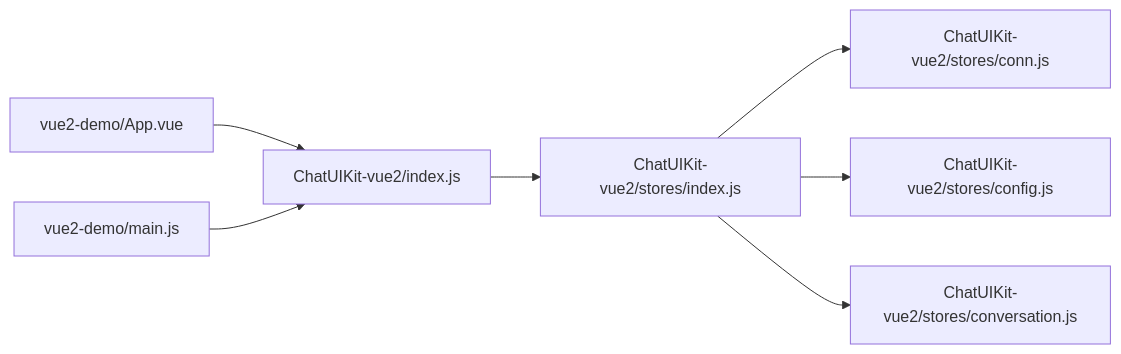
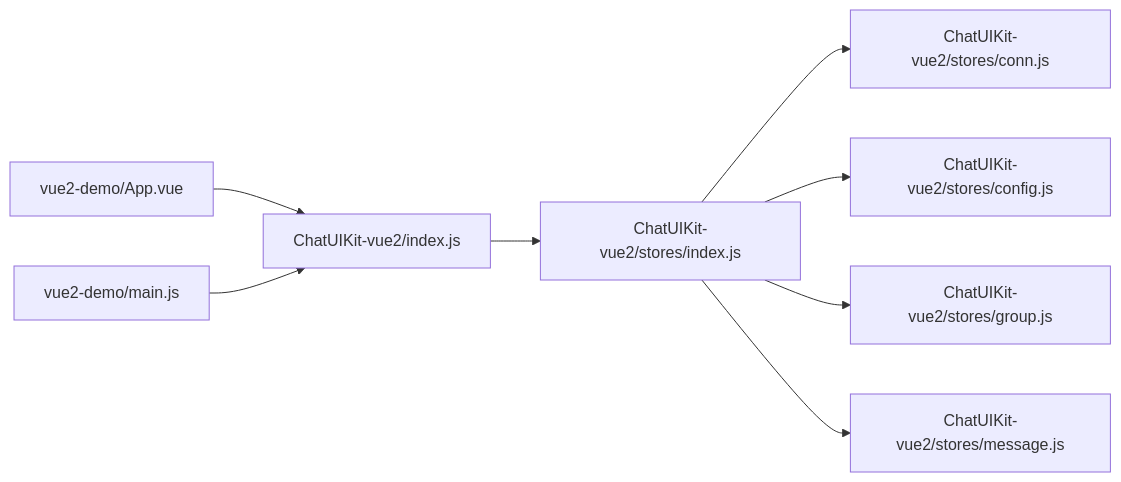
One commit to Easemob-Community/easemob-uikit-uniapp-community changed the third of 3 diagrams in .qoder/repowiki/zh/content/快速开始.md. Above: the diagram before and after it, drawn with Mermaid. The commit also changed other lines of this file and 5 other files, not shown here.

````diff
--- a/.qoder/repowiki/zh/content/快速开始.md
+++ b/.qoder/repowiki/zh/content/快速开始.md
@@ -214,9 +255,10 @@
 ```mermaid
 graph LR
 D_App_vue["vue2-demo/App.vue"] --> C_Index_js["ChatUIKit-vue2/index.js"]
 D_Main_js["vue2-demo/main.js"] --> C_Index_js
 C_Index_js --> S_Index_js["ChatUIKit-vue2/stores/index.js"]
 S_Index_js --> S_Conn_js["ChatUIKit-vue2/stores/conn.js"]
 S_Index_js --> S_Config_js["ChatUIKit-vue2/stores/config.js"]
-S_Index_js --> S_Conversation_js["ChatUIKit-vue2/stores/conversation.js"]
+S_Index_js --> S_Group_js["ChatUIKit-vue2/stores/group.js"]
+S_Index_js --> S_Message_js["ChatUIKit-vue2/stores/message.js"]
 ```
````
